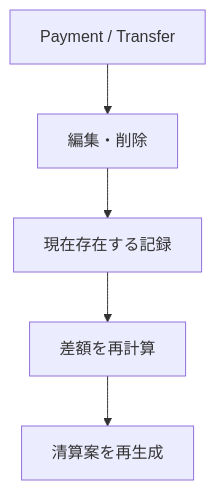
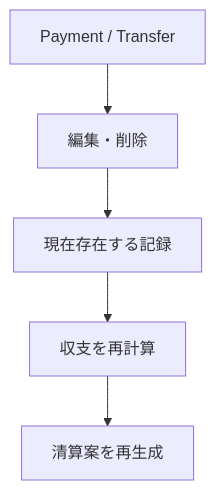
Before and after one commit to adelppi/mmkn: the diagram in docs/domain/record.md, drawn with Mermaid. The commit also changed other lines of this file and 16 other files, not shown here.

````diff
--- a/docs/domain/record.md
+++ b/docs/domain/record.md
@@ -175,7 +175,7 @@
 ```mermaid
 flowchart TD
     A["Payment / Transfer"] --> B[編集・削除]
     B --> C[現在存在する記録]
-    C --> D[差額を再計算]
+    C --> D[収支を再計算]
     D --> E[清算案を再生成]
 ```
````
